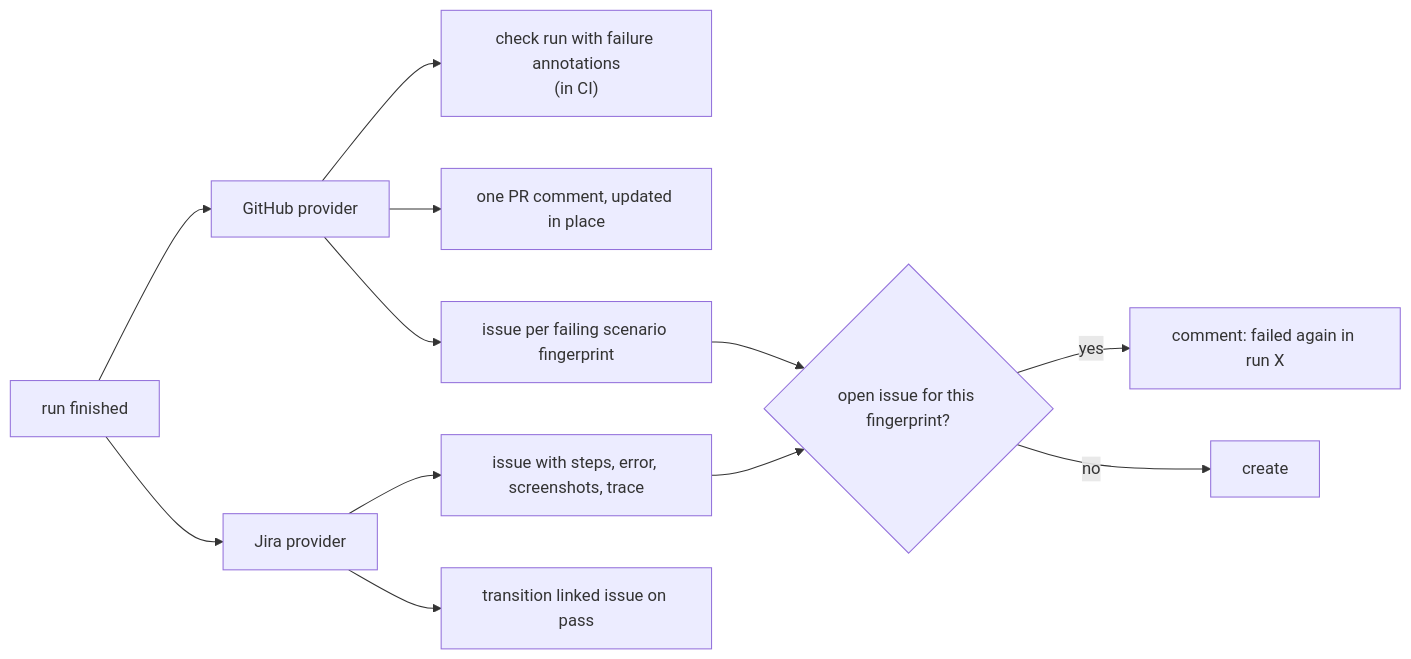
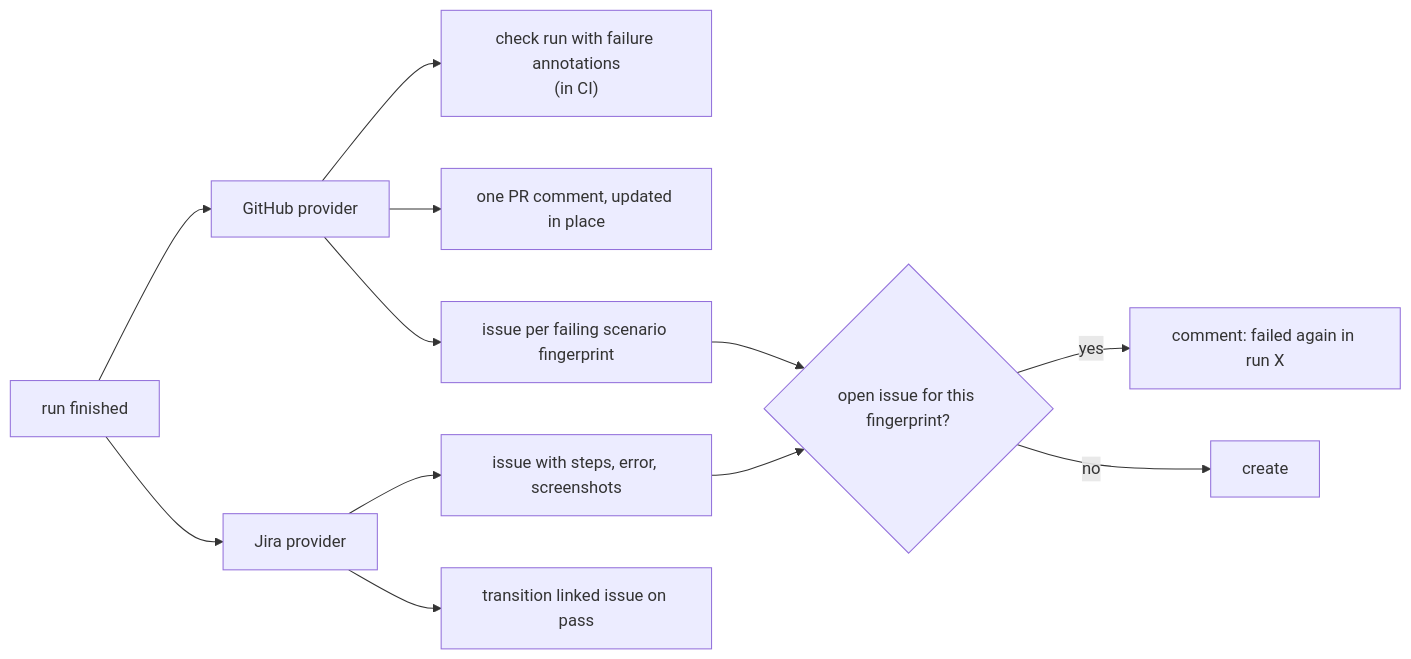
One commit to YarlisAISolutions/SDODS changed the diagram in apps/docs/content/docs/guides/github-and-jira.mdx. Above: the diagram before and after it, drawn with Mermaid. The commit also changed other lines of this file and 17 other files, not shown here.

````diff
--- a/apps/docs/content/docs/guides/github-and-jira.mdx
+++ b/apps/docs/content/docs/guides/github-and-jira.mdx
@@ -53,13 +53,13 @@
 ```mermaid
 flowchart LR
   RUN["run finished"] --> GH["GitHub provider"]
   RUN --> JI["Jira provider"]
   GH --> C["check run with failure annotations<br/>(in CI)"]
   GH --> PC["one PR comment, updated in place"]
   GH --> GI["issue per failing scenario fingerprint"]
-  JI --> JC["issue with steps, error, screenshots, trace"]
+  JI --> JC["issue with steps, error, screenshots"]
   JI --> JT["transition linked issue on pass"]
   GI & JC --> D{"open issue for this fingerprint?"}
   D -->|yes| CM["comment: failed again in run X"]
   D -->|no| NEW["create"]
 ```
````
